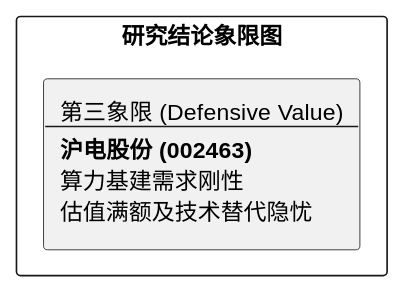
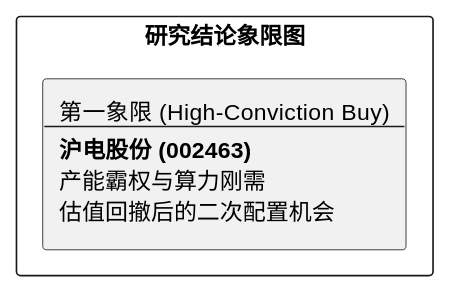
Before and after one commit to hrzzzrh/QuantPyLab: the diagram in investigation/equities/沪电股份/reports/研报章节七：投资摘要与风险因素.md, drawn with PlantUML. The commit also changed other lines of this file and 159 other files, not shown here.

````diff
--- a/investigation/equities/沪电股份/reports/研报章节七：投资摘要与风险因素.md
+++ b/investigation/equities/沪电股份/reports/研报章节七：投资摘要与风险因素.md
@@ -24,7 +24,7 @@
 ```plantuml
 @startuml
 rectangle "研究结论象限图" {
-    rectangle "第三象限 (Defensive Value)\n--\n**沪电股份 (002463)**\n算力基建需求刚性\n估值满额及技术替代隐忧" as Q3
+    rectangle "第一象限 (High-Conviction Buy)\n--\n**沪电股份 (002463)**\n产能霸权与算力刚需\n估值回撤后的二次配置机会" as Q1
 }
 @enduml
 ```
````
